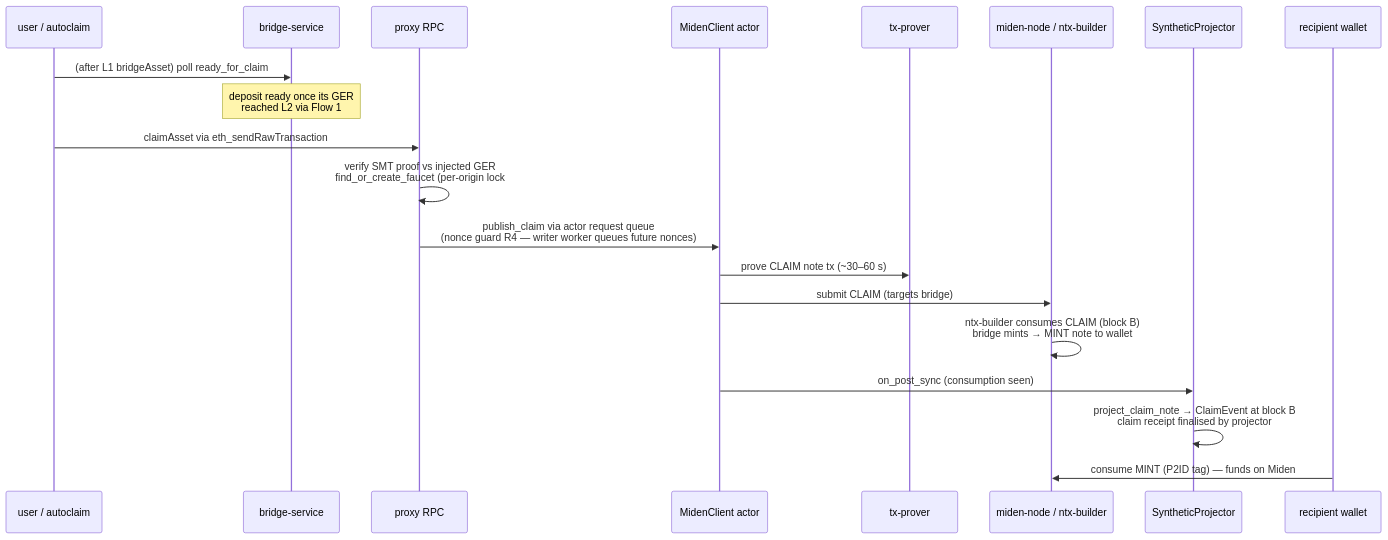
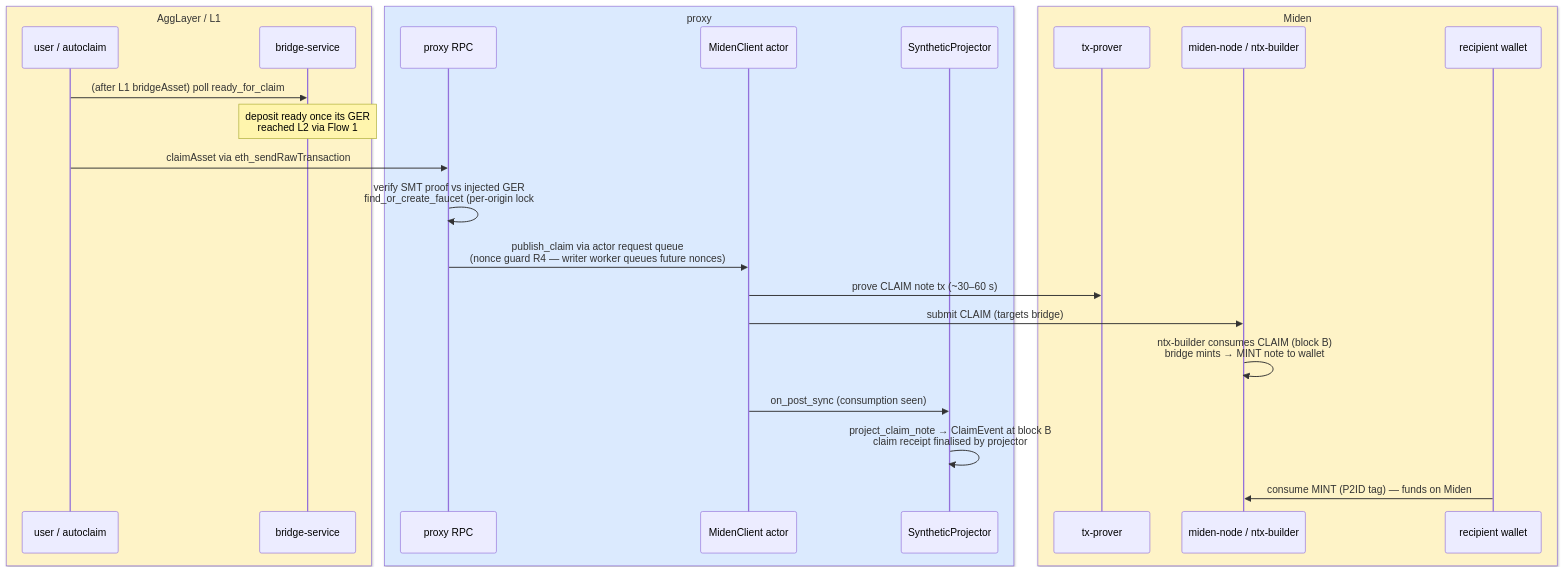
Before and after one commit to gateway-fm/miden-agglayer: the third of 7 diagrams in docs/ARCHITECTURE.md, drawn with Mermaid. The commit also changed other lines of this file, not shown here.

Commit message:
docs: color-code sequence diagrams (box grouping: proxy=blue, external=amber)

````diff
--- a/docs/ARCHITECTURE.md
+++ b/docs/ARCHITECTURE.md
@@ -113,23 +119,29 @@
 ```mermaid
 sequenceDiagram
-    participant U as user / autoclaim
-    participant BS as bridge-service
-    participant RPC as proxy RPC
-    participant MC as MidenClient actor
-    participant P as tx-prover
-    participant N as miden-node / ntx-builder
-    participant SP as SyntheticProjector
-    participant W as recipient wallet
+    box rgb(254,243,199) AggLayer / L1
+        participant U as user / autoclaim
+        participant BS as bridge-service
+    end
+    box rgb(219,234,254) proxy
+        participant RPC as proxy RPC
+        participant MC as MidenClient actor
+        participant SP as SyntheticProjector
+    end
+    box rgb(254,243,199) Miden
+        participant P as tx-prover
+        participant N as miden-node / ntx-builder
+        participant W as recipient wallet
+    end
 
     U->>BS: (after L1 bridgeAsset) poll ready_for_claim
     Note over BS: deposit ready once its GER<br/>reached L2 via Flow 1
     U->>RPC: claimAsset via eth_sendRawTransaction
     RPC->>RPC: verify SMT proof vs injected GER<br/>find_or_create_faucet (per-origin lock #10,<br/>dynamic miden decimals #17)
     RPC->>MC: publish_claim via actor request queue<br/>(nonce guard R4 — writer worker queues future nonces)
     MC->>P: prove CLAIM note tx (~30–60 s)
     MC->>N: submit CLAIM (targets bridge)
     N->>N: ntx-builder consumes CLAIM (block B)<br/>bridge mints → MINT note to wallet
     MC->>SP: on_post_sync (consumption seen)
     SP->>SP: project_claim_note → ClaimEvent at block B<br/>claim receipt finalised by projector
     W->>N: consume MINT (P2ID tag) — funds on Miden
 ```
````
